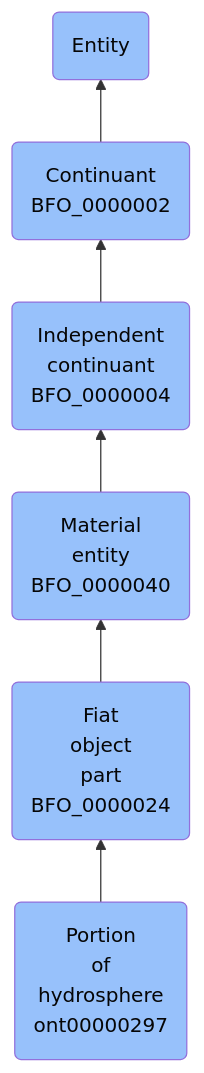
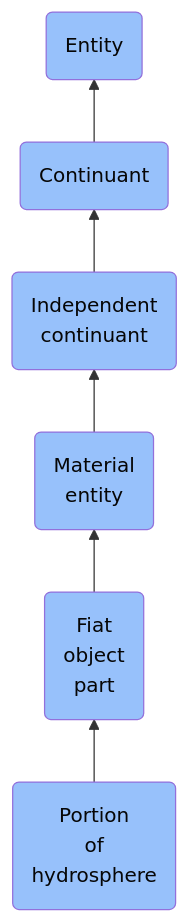
Before and after one commit to jupyter-naas/abi: the diagram in docs/ontology/reference/model/Entity/Continuant/Independent continuant/Material entity/Fiat object part/Portion of hydrosphere/Portion of hydrosphere.md, drawn with Mermaid. The commit also changed other lines of this file and 1430 other files, not shown here.

````diff
--- a/docs/ontology/reference/model/Entity/Continuant/Independent continuant/Material entity/Fiat object part/Portion of hydrosphere/Portion of hydrosphere.md
+++ b/docs/ontology/reference/model/Entity/Continuant/Independent continuant/Material entity/Fiat object part/Portion of hydrosphere/Portion of hydrosphere.md
@@ -24,13 +24,13 @@
 ```mermaid
 graph BT
-    ont00000297(Portion<br>of<br>hydrosphere<br>ont00000297):::BFO-->BFO_0000024
-    BFO_0000024(Fiat<br>object<br>part<br>BFO_0000024):::BFO-->BFO_0000040
-    BFO_0000040(Material<br>entity<br>BFO_0000040):::BFO-->BFO_0000004
-    BFO_0000004(Independent<br>continuant<br>BFO_0000004):::BFO-->BFO_0000002
-    BFO_0000002(Continuant<br>BFO_0000002):::BFO-->BFO_0000001
+    ont00000297(Portion<br>of<br>hydrosphere):::BFO-->BFO_0000024
+    BFO_0000024(Fiat<br>object<br>part):::BFO-->BFO_0000040
+    BFO_0000040(Material<br>entity):::BFO-->BFO_0000004
+    BFO_0000004(Independent<br>continuant):::BFO-->BFO_0000002
+    BFO_0000002(Continuant):::BFO-->BFO_0000001
     BFO_0000001(Entity):::BFO
     
     classDef BFO fill:#97c1fb,color:#060606
     classDef CCO fill:#e4c51e,color:#060606
     classDef ABI fill:#48DD82,color:#060606
 ```
````
